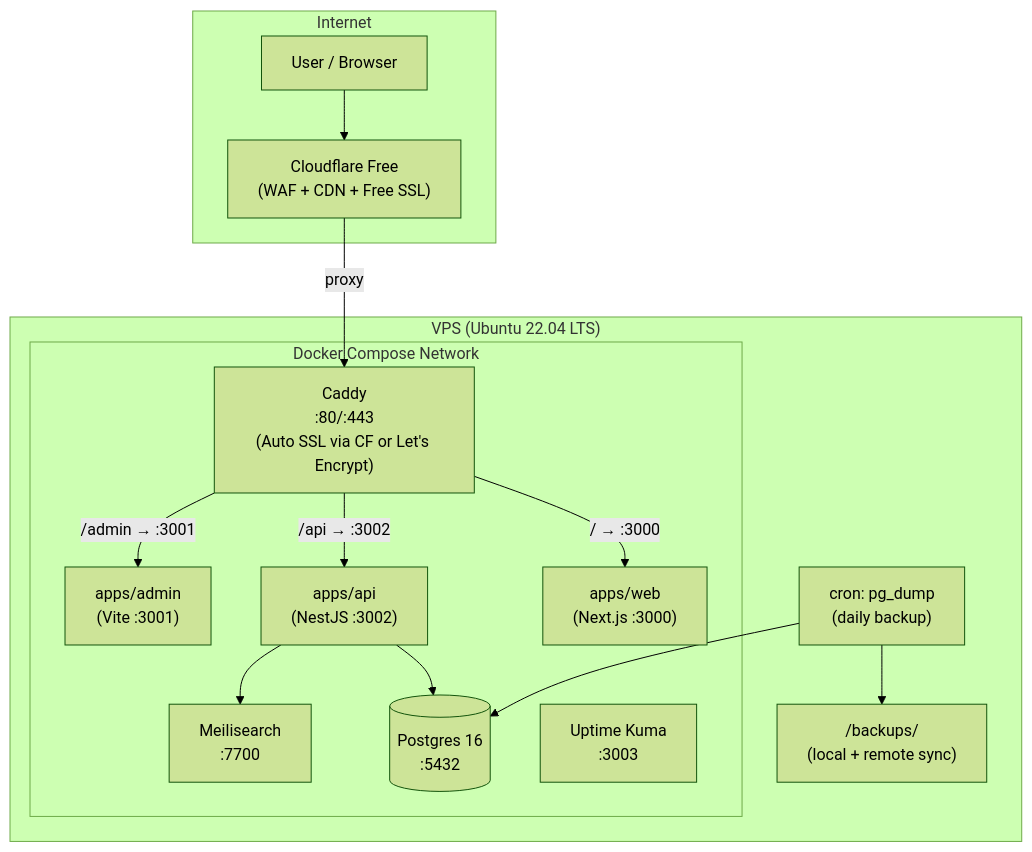
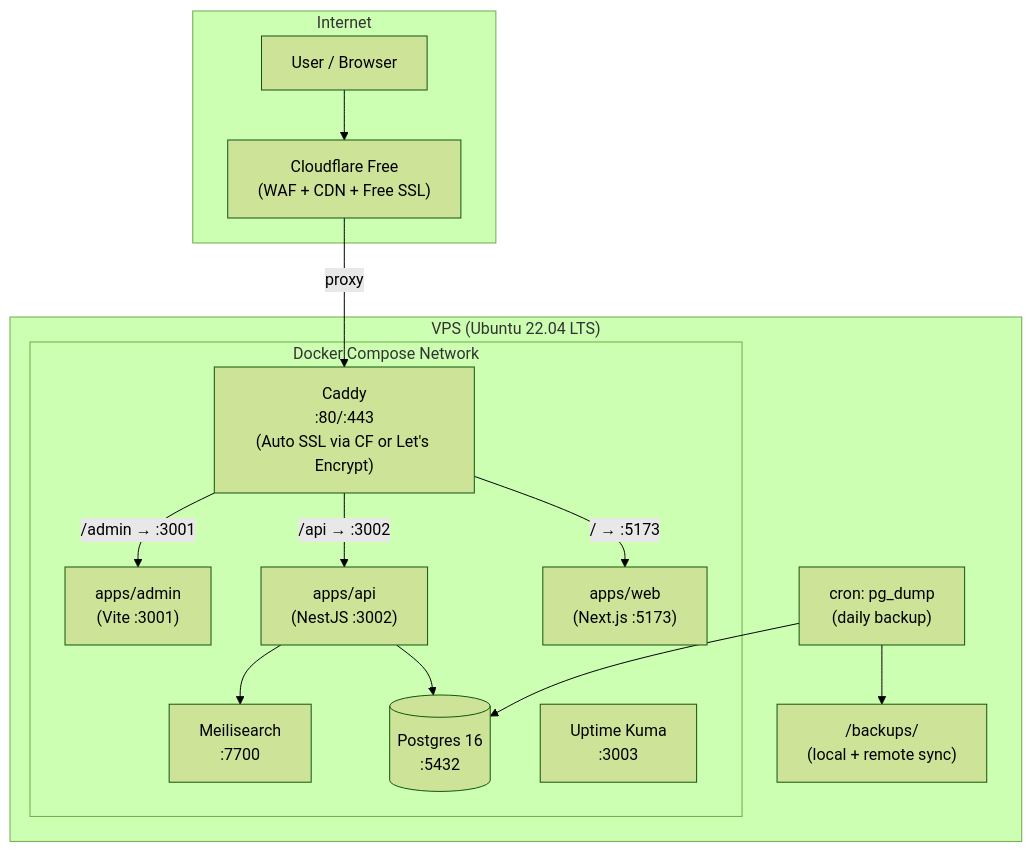
Before and after one commit to QuyenVjp/PMTL_VN: the first of 2 diagrams in design/02-platform-baseline/vps-runtime/VPS_DEPLOYMENT_CANON.md, drawn with Mermaid (forest theme). The commit also changed 176 other files, not shown here.

````diff
--- a/design/02-platform-baseline/vps-runtime/VPS_DEPLOYMENT_CANON.md
+++ b/design/02-platform-baseline/vps-runtime/VPS_DEPLOYMENT_CANON.md
@@ -17,31 +17,31 @@
 ```mermaid
 graph TB
   subgraph Internet
     User["User / Browser"]
     CF["Cloudflare Free\n(WAF + CDN + Free SSL)"]
   end
 
   subgraph VPS["VPS (Ubuntu 22.04 LTS)"]
     subgraph Docker["Docker Compose Network"]
       Caddy["Caddy\n:80/:443\n(Auto SSL via CF or Let's Encrypt)"]
-      Web["apps/web\n(Next.js :3000)"]
+      Web["apps/web\n(Next.js :5173)"]
       Admin["apps/admin\n(Vite :3001)"]
       API["apps/api\n(NestJS :3002)"]
       PG[("Postgres 16\n:5432")]
       Meili["Meilisearch\n:7700"]
       UK["Uptime Kuma\n:3003"]
     end
     Cron["cron: pg_dump\n(daily backup)"]
     Backup["/backups/\n(local + remote sync)"]
   end
 
   User --> CF
   CF -->|"proxy"| Caddy
-  Caddy -->|"/ → :3000"| Web
+  Caddy -->|"/ → :5173"| Web
   Caddy -->|"/api → :3002"| API
   Caddy -->|"/admin → :3001"| Admin
   API --> PG
   API --> Meili
   Cron --> PG
   Cron --> Backup
 ```
````
